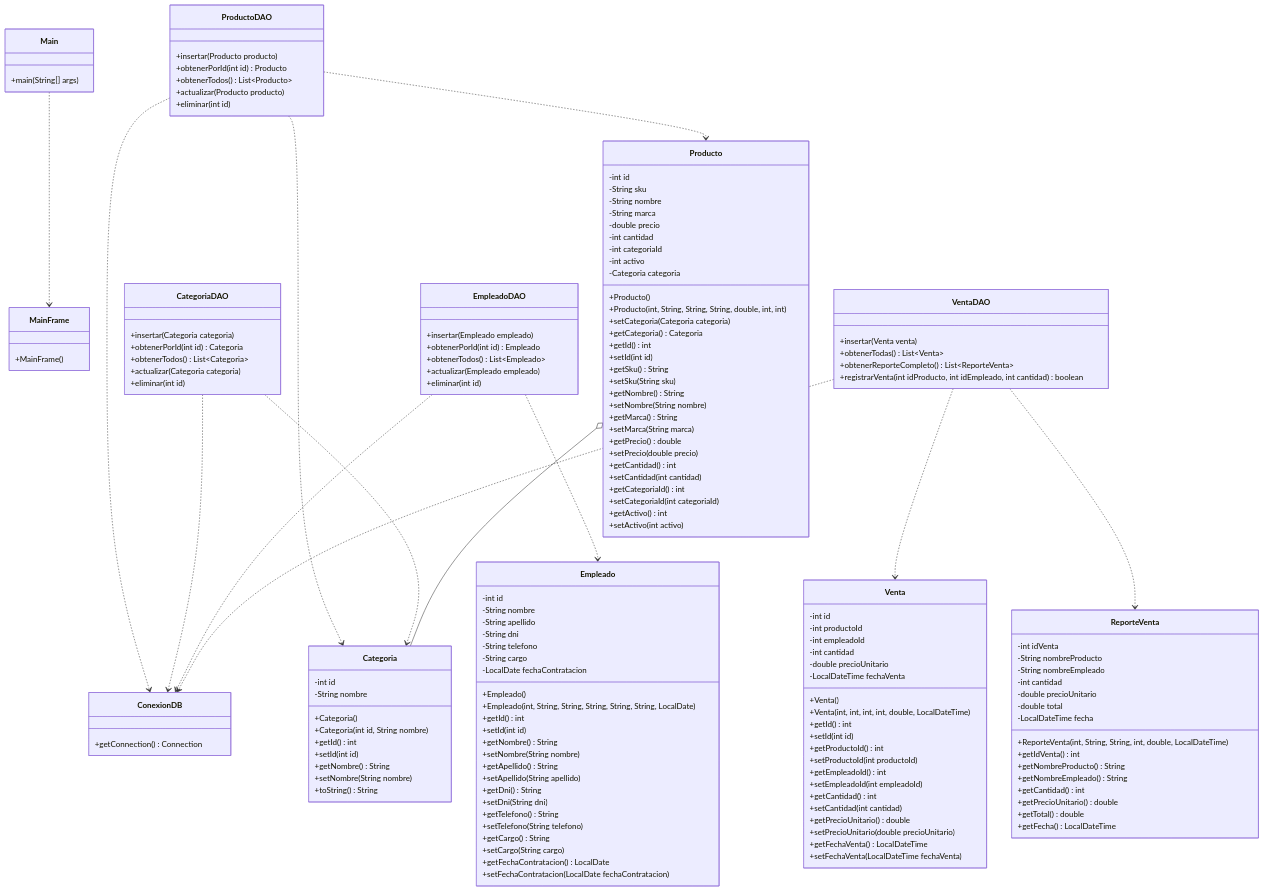
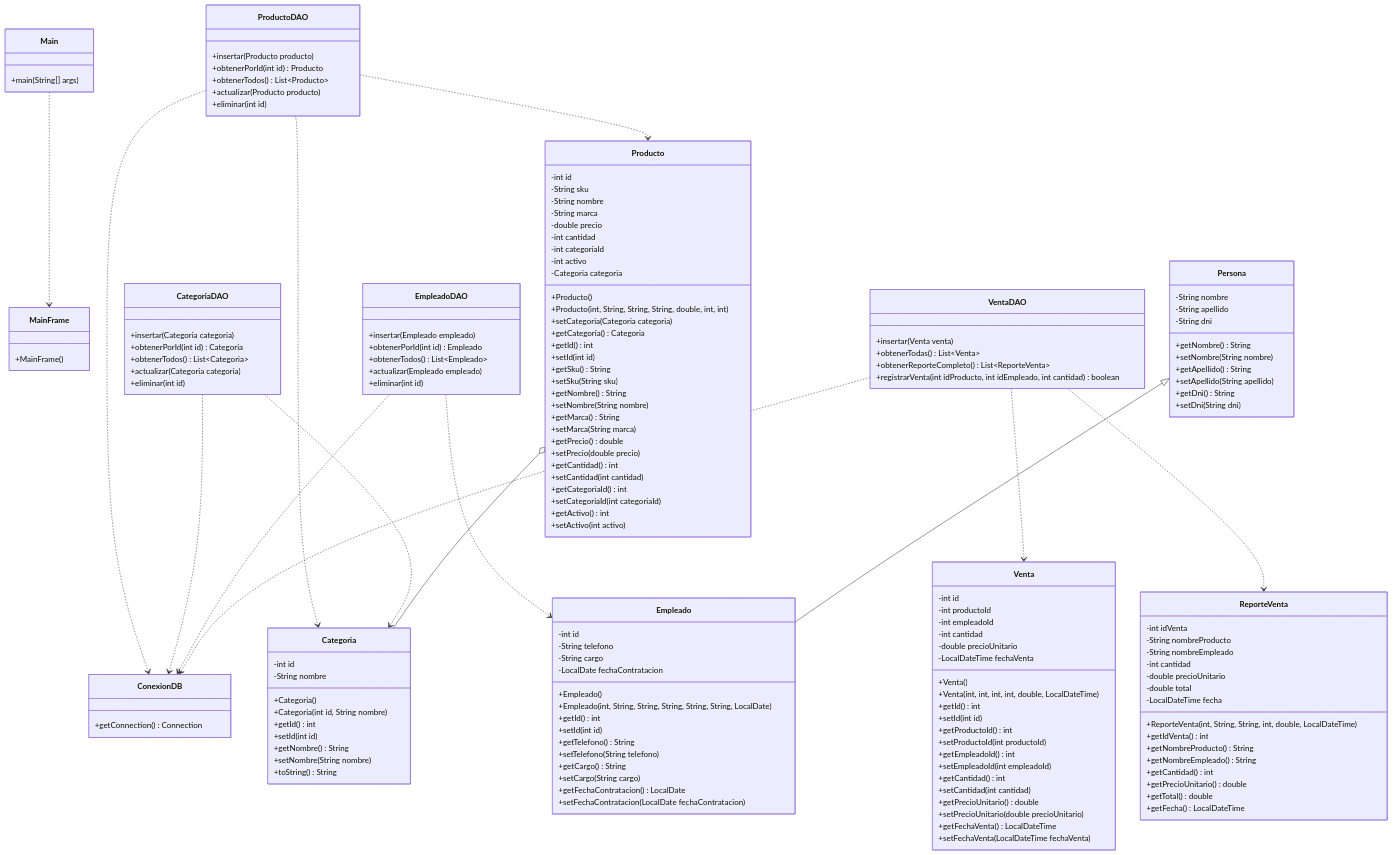
One commit to wilmervasquez/learn-java-poo changed the diagram in docs/s4.mmd. Above: the diagram before and after it, drawn with Mermaid. The commit also changed 8 other files, not shown here.

```diff
--- a/docs/s4.mmd
+++ b/docs/s4.mmd
@@ -1,172 +1,174 @@
 classDiagram
     class Main {
         +main(String[] args)
     }
 
     class MainFrame {
         +MainFrame()
     }
 
     class CategoriaDAO {
         +insertar(Categoria categoria)
         +obtenerPorId(int id) Categoria
         +obtenerTodos() List~Categoria~
         +actualizar(Categoria categoria)
         +eliminar(int id)
     }
 
     class EmpleadoDAO {
         +insertar(Empleado empleado)
         +obtenerPorId(int id) Empleado
         +obtenerTodos() List~Empleado~
         +actualizar(Empleado empleado)
         +eliminar(int id)
     }
 
     class ProductoDAO {
         +insertar(Producto producto)
         +obtenerPorId(int id) Producto
         +obtenerTodos() List~Producto~
         +actualizar(Producto producto)
         +eliminar(int id)
     }
 
     class VentaDAO {
         +insertar(Venta venta)
         +obtenerTodas() List~Venta~
         +obtenerReporteCompleto() List~ReporteVenta~
         +registrarVenta(int idProducto, int idEmpleado, int cantidad) boolean
     }
 
     class ConexionDB {
         +getConnection() Connection
     }
 
     class Categoria {
         -int id
         -String nombre
         +Categoria()
         +Categoria(int id, String nombre)
         +getId() int
         +setId(int id)
         +getNombre() String
         +setNombre(String nombre)
         +toString() String
     }
-
+    class Persona {
+      -String nombre
+      -String apellido
+      -String dni
+      +getNombre() String
+      +setNombre(String nombre)
+      +getApellido() String
+      +setApellido(String apellido)
+      +getDni() String
+      +setDni(String dni)
+    }
     class Empleado {
         -int id
-        -String nombre
-        -String apellido
-        -String dni
         -String telefono
         -String cargo
         -LocalDate fechaContratacion
         +Empleado()
         +Empleado(int, String, String, String, String, String, LocalDate)
         +getId() int
         +setId(int id)
-        +getNombre() String
-        +setNombre(String nombre)
-        +getApellido() String
-        +setApellido(String apellido)
-        +getDni() String
-        +setDni(String dni)
         +getTelefono() String
         +setTelefono(String telefono)
         +getCargo() String
         +setCargo(String cargo)
         +getFechaContratacion() LocalDate
         +setFechaContratacion(LocalDate fechaContratacion)
     }
 
     class Producto {
         -int id
         -String sku
         -String nombre
         -String marca
         -double precio
         -int cantidad
         -int categoriaId
         -int activo
         -Categoria categoria
         +Producto()
         +Producto(int, String, String, String, double, int, int)
         +setCategoria(Categoria categoria)
         +getCategoria() Categoria
         +getId() int
         +setId(int id)
         +getSku() String
         +setSku(String sku)
         +getNombre() String
         +setNombre(String nombre)
         +getMarca() String
         +setMarca(String marca)
         +getPrecio() double
         +setPrecio(double precio)
         +getCantidad() int
         +setCantidad(int cantidad)
         +getCategoriaId() int
         +setCategoriaId(int categoriaId)
         +getActivo() int
         +setActivo(int activo)
     }
 
     class Venta {
         -int id
         -int productoId
         -int empleadoId
         -int cantidad
         -double precioUnitario
         -LocalDateTime fechaVenta
         +Venta()
         +Venta(int, int, int, int, double, LocalDateTime)
         +getId() int
         +setId(int id)
         +getProductoId() int
         +setProductoId(int productoId)
         +getEmpleadoId() int
         +setEmpleadoId(int empleadoId)
         +getCantidad() int
         +setCantidad(int cantidad)
         +getPrecioUnitario() double
         +setPrecioUnitario(double precioUnitario)
         +getFechaVenta() LocalDateTime
         +setFechaVenta(LocalDateTime fechaVenta)
     }
 
     class ReporteVenta {
         -int idVenta
         -String nombreProducto
         -String nombreEmpleado
         -int cantidad
         -double precioUnitario
         -double total
         -LocalDateTime fecha
         +ReporteVenta(int, String, String, int, double, LocalDateTime)
         +getIdVenta() int
         +getNombreProducto() String
         +getNombreEmpleado() String
         +getCantidad() int
         +getPrecioUnitario() double
         +getTotal() double
         +getFecha() LocalDateTime
     }
 
     Main ..> MainFrame
 
     ProductoDAO ..> ConexionDB 
     ProductoDAO ..> Producto 
     ProductoDAO ..> Categoria 
 
     CategoriaDAO ..> ConexionDB 
     CategoriaDAO ..> Categoria 
 
     EmpleadoDAO ..> ConexionDB 
     EmpleadoDAO ..> Empleado 
 
     VentaDAO ..> ConexionDB 
     VentaDAO ..> Venta 
     VentaDAO ..> ReporteVenta
 
-    Producto o-- Categoria 
+    Producto o-- Categoria
+    Persona <|-- Empleado
```
